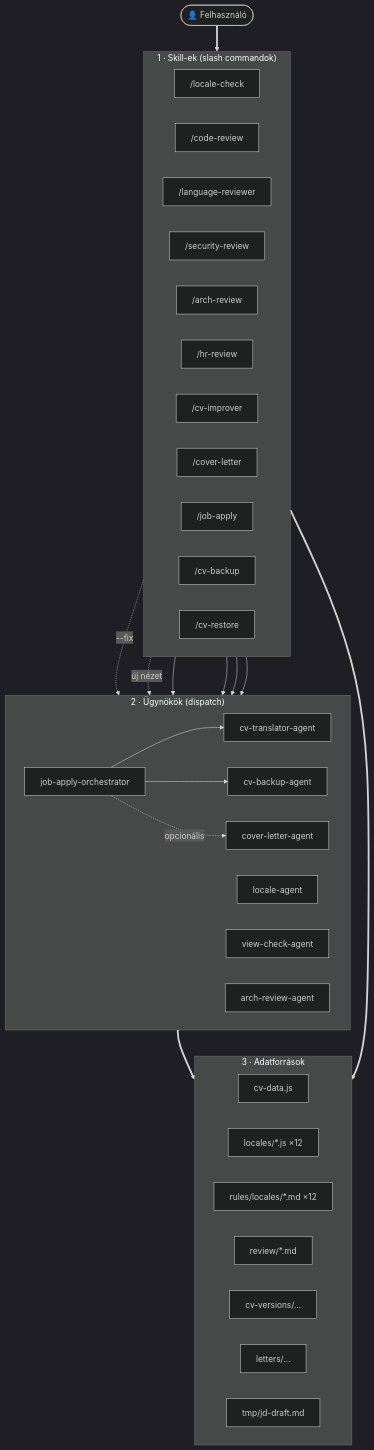
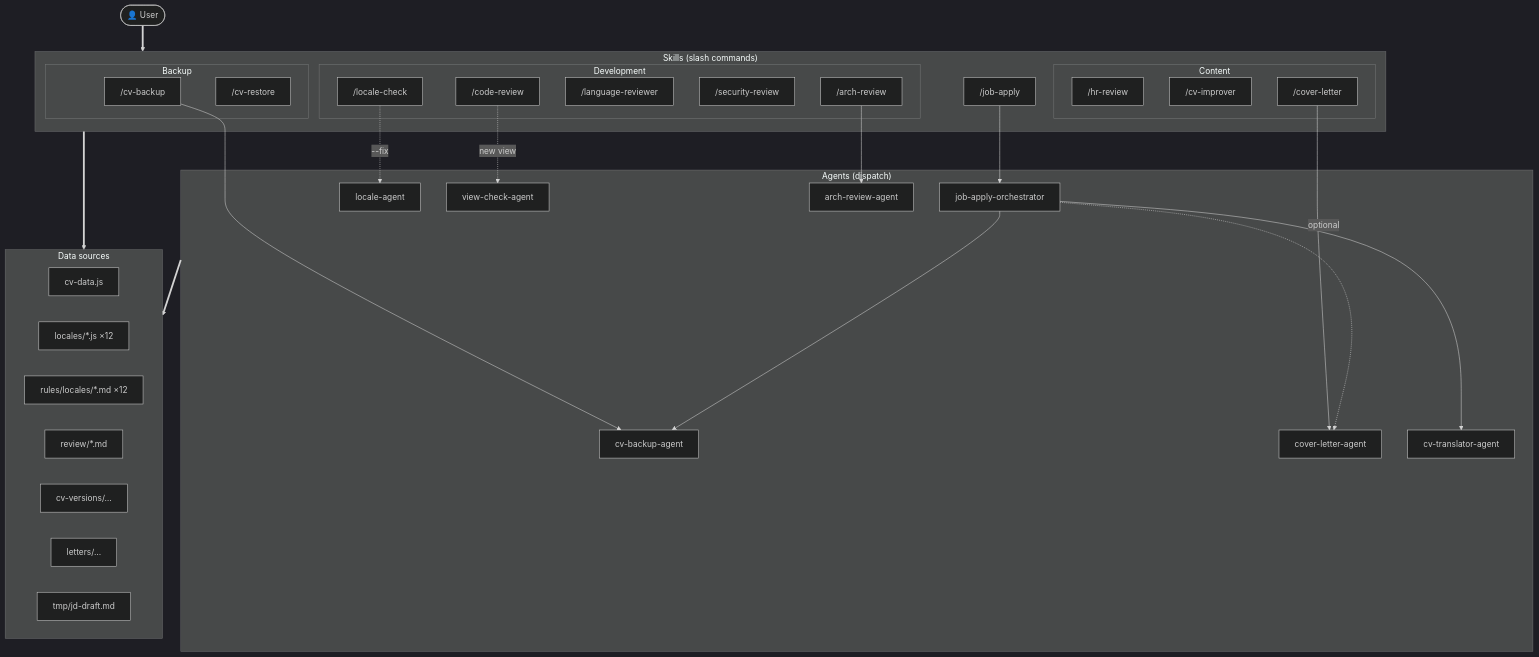
One commit to exphoenee/CV changed the first of 5 diagrams in devdocs/ai-workflow.md. Above: the diagram before and after it, drawn with Mermaid (dark theme). The commit also changed other lines of this file and 11 other files, not shown here.

````diff
--- a/devdocs/ai-workflow.md
+++ b/devdocs/ai-workflow.md
@@ -13,60 +15,63 @@
 ```mermaid
-graph TD
-    User(["👤 Felhasználó"])
+graph TB
+    User(["👤 User"])
 
-    subgraph Skills["1 · Skill-ek (slash commandok)"]
-        direction LR
-        LC["/locale-check"]
-        CR["/code-review"]
-        LR["/language-reviewer"]
-        SR["/security-review"]
-        AR["/arch-review"]
-        HR["/hr-review"]
-        CI["/cv-improver"]
-        CL["/cover-letter"]
+    subgraph Skills["Skills (slash commands)"]
+        subgraph DevSkills["Development"]
+            LC["/locale-check"]
+            CR["/code-review"]
+            LR["/language-reviewer"]
+            SR["/security-review"]
+            AR["/arch-review"]
+        end
+        subgraph ContentSkills["Content"]
+            HR["/hr-review"]
+            CI["/cv-improver"]
+            CL["/cover-letter"]
+        end
+        subgraph BackupSkills["Backup"]
+            CB["/cv-backup"]
+            CVR["/cv-restore"]
+        end
         JA["/job-apply"]
-        CB["/cv-backup"]
-        CVR["/cv-restore"]
     end
 
-    subgraph Agents["2 · Ügynökök (dispatch)"]
-        direction LR
+    subgraph Agents["Agents (dispatch)"]
         JAO["job-apply-orchestrator"]
-        CTA["cv-translator-agent"]
-        CBA["cv-backup-agent"]
-        CLA["cover-letter-agent"]
         LA["locale-agent"]
         VCA["view-check-agent"]
         ARA["arch-review-agent"]
+        CBA["cv-backup-agent"]
+        CLA["cover-letter-agent"]
+        CTA["cv-translator-agent"]
     end
 
-    subgraph Data["3 · Adatforrások"]
-        direction LR
+    subgraph Data["Data sources"]
         CVD["cv-data.js"]
         LOC["locales/*.js ×12"]
         RULES["rules/locales/*.md ×12"]
         REV["review/*.md"]
         VER["cv-versions/…"]
         LET["letters/…"]
         TMP["tmp/jd-draft.md"]
     end
 
     User ==> Skills
 
-    %% Skill → ügynök dispatch (a szaggatott él feltételes)
+    %% Skill → agent dispatch
     LC -. --fix .-> LA
-    CR -. új nézet .-> VCA
+    CR -. new view .-> VCA
     AR --> ARA
     CB --> CBA
     CL --> CLA
     JA --> JAO
 
-    %% Orchestrator → al-ügynökök
+    %% Orchestrator → sub-agents
     JAO --> CTA
     JAO --> CBA
-    JAO -. opcionális .-> CLA
+    JAO -. optional .-> CLA
 
-    %% Réteg → adat (összevont hozzáférés)
+    %% Layer → data
     Skills ==> Data
     Agents ==> Data
 ```
````
